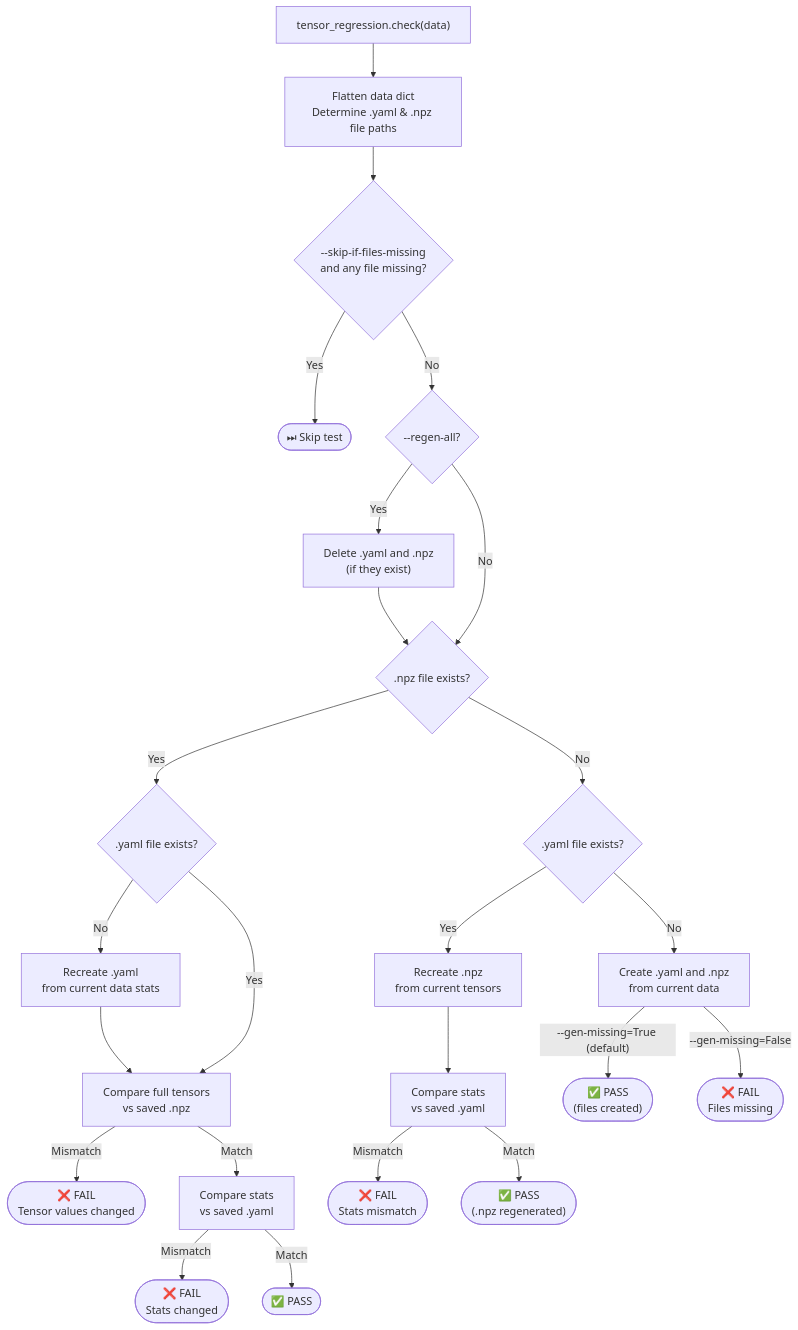
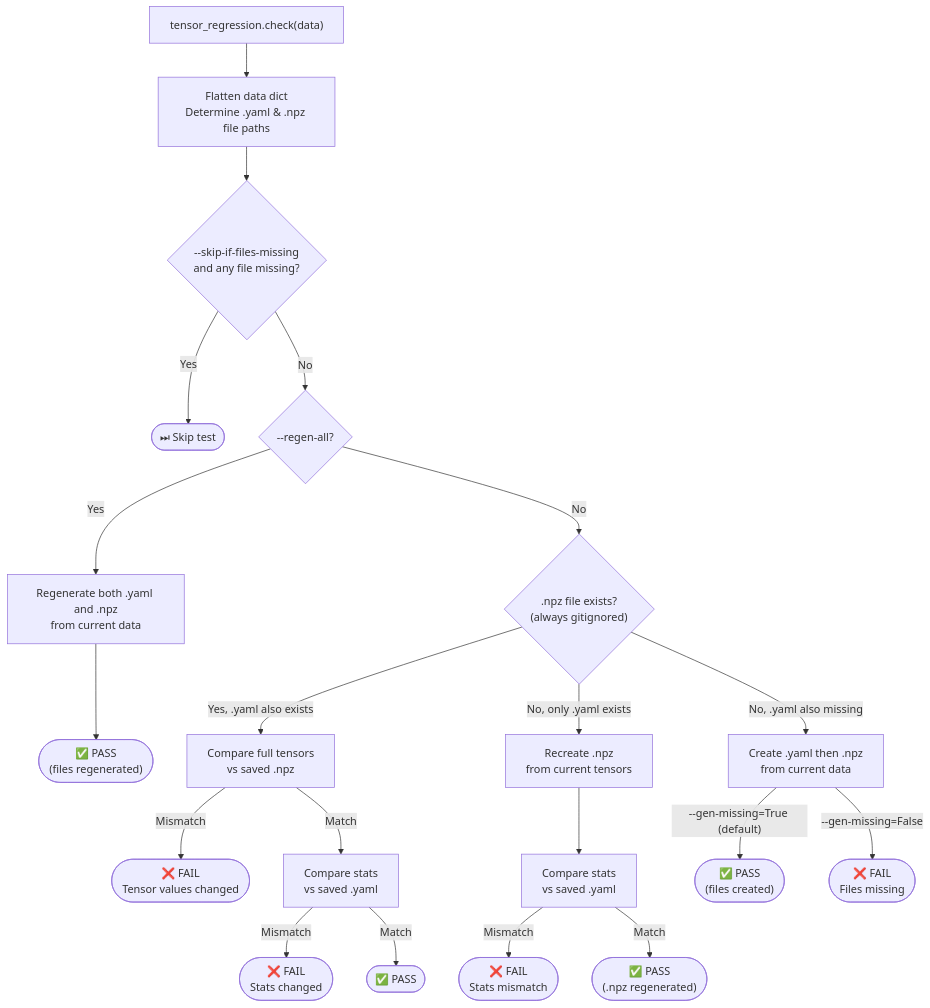
Before and after one commit to lebrice/tensor_regression: the diagram in README.md, drawn with Mermaid.

Commit message:
docs: fix mermaid diagram - remove impossible .npz-only branch, simplify --regen-all
Agent-Logs-Url: https://github.com/lebrice/tensor_regression/sessions/76e5ba9a-11e9-4642-9b5d-0c877288d146

````diff
--- a/README.md
+++ b/README.md
@@ -15,30 +15,26 @@
 ```mermaid
 flowchart TD
     A["tensor_regression.check(data)"] --> B["Flatten data dict\nDetermine .yaml & .npz file paths"]
 
     B --> C{"--skip-if-files-missing\nand any file missing?"}
     C -->|Yes| SKIP(["⏭ Skip test"])
     C -->|No| D{"--regen-all?"}
-    D -->|Yes| E["Delete .yaml and .npz\n(if they exist)"]
-    E --> F
-    D -->|No| F{".npz file exists?"}
+    D -->|Yes| E["Regenerate both .yaml and .npz\nfrom current data"]
+    E --> PASS0(["✅ PASS\n(files regenerated)"])
+    D -->|No| F{".npz file exists?\n(always gitignored)"}
 
-    F -->|Yes| G{".yaml file exists?"}
-    G -->|No| H["Recreate .yaml\nfrom current data stats"]
-    H --> I["Compare full tensors\nvs saved .npz"]
-    G -->|Yes| I
+    F -->|Yes, .yaml also exists| I["Compare full tensors\nvs saved .npz"]
     I -->|Mismatch| FAIL1(["❌ FAIL\nTensor values changed"])
     I -->|Match| J["Compare stats\nvs saved .yaml"]
     J -->|Mismatch| FAIL2(["❌ FAIL\nStats changed"])
     J -->|Match| PASS1(["✅ PASS"])
 
-    F -->|No| K{".yaml file exists?"}
-    K -->|Yes| L["Recreate .npz\nfrom current tensors"]
+    F -->|No, only .yaml exists| L["Recreate .npz\nfrom current tensors"]
     L --> M["Compare stats\nvs saved .yaml"]
     M -->|Mismatch| FAIL3(["❌ FAIL\nStats mismatch"])
     M -->|Match| PASS2(["✅ PASS\n(.npz regenerated)"])
 
-    K -->|No| N["Create .yaml and .npz\nfrom current data"]
+    F -->|No, .yaml also missing| N["Create .yaml then .npz\nfrom current data"]
     N -->|"--gen-missing=True (default)"| PASS3(["✅ PASS\n(files created)"])
     N -->|"--gen-missing=False"| FAIL4(["❌ FAIL\nFiles missing"])
 ```
````
